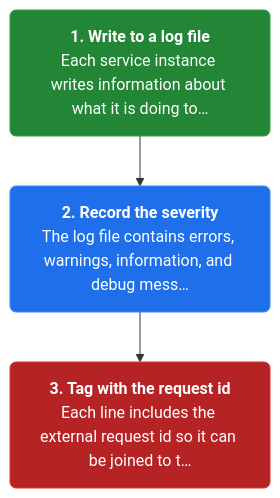
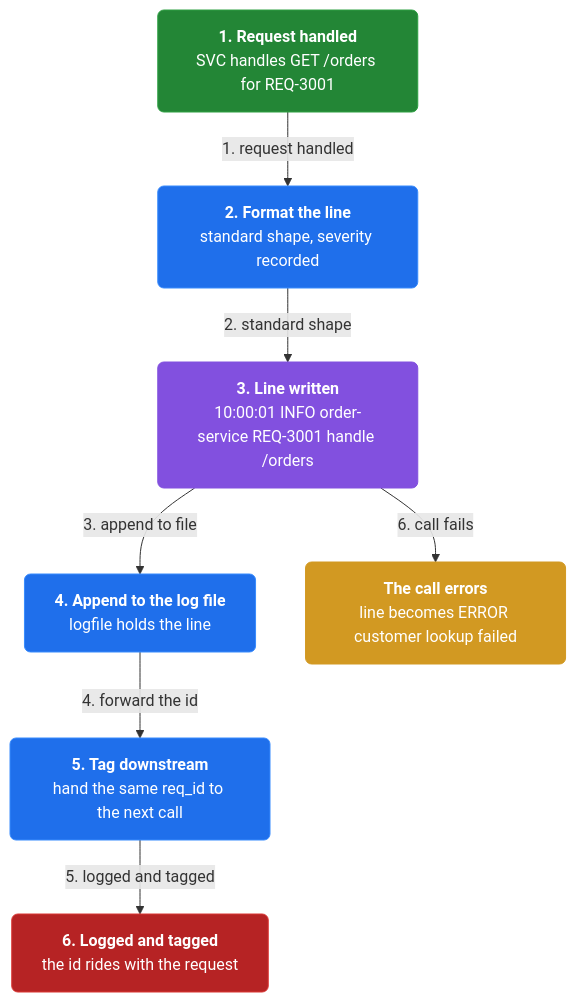
Before and after one commit to vinayakuber/microservices-io-study-guide: the first of 4 diagrams in docs/ch36-log-aggregation.md, drawn with Mermaid. The commit also changed other lines of this file and 46 other files, not shown here.

First line of the commit message:
Author rich branching flow diagrams for all 44 chapters

````diff
--- a/docs/ch36-log-aggregation.md
+++ b/docs/ch36-log-aggregation.md
@@ -13,11 +13,21 @@
 ```mermaid
 flowchart TD
-  classDef step fill:#1f6feb,color:#ffffff,stroke:#388bfd,stroke-width:1px,rx:6
+  classDef step fill:#1f6feb,color:#ffffff,stroke:#388bfd,rx:6
+  classDef core fill:#8250df,color:#ffffff,stroke:#8250df,rx:6
+  classDef warn fill:#d29922,color:#ffffff,stroke:#d29922,rx:6
   classDef start fill:#238636,color:#ffffff,stroke:#2ea043,rx:6
   classDef stop fill:#b62324,color:#ffffff,stroke:#da3633,rx:6
-  s0n0["<b>1. Write to a log file</b><br/>Each service instance writes information about what it is doing to…"]:::start
-  s0n1["<b>2. Record the severity</b><br/>The log file contains errors, warnings, information, and debug mess…"]:::step
-  s0n2["<b>3. Tag with the request id</b><br/>Each line includes the external request id so it can be joined to t…"]:::stop
-  s0n0 --> s0n1
-  s0n1 --> s0n2
+n0["<b>1. Request handled</b><br/>SVC handles GET /orders for REQ-3001"]:::start
+  n1["<b>2. Format the line</b><br/>standard shape, severity recorded"]:::step
+  n2["<b>3. Line written</b><br/>10:00:01 INFO order-service REQ-3001 handle /orders"]:::core
+  n3["<b>4. Append to the log file</b><br/>logfile holds the line"]:::step
+  n4["<b>5. Tag downstream</b><br/>hand the same req_id to the next call"]:::step
+  n5["<b>6. Logged and tagged</b><br/>the id rides with the request"]:::stop
+  n6["<b>The call errors</b><br/>line becomes ERROR customer lookup failed"]:::warn
+  n0 -->|"1. request handled"| n1
+  n1 -->|"2. standard shape"| n2
+  n2 -->|"3. append to file"| n3
+  n3 -->|"4. forward the id"| n4
+  n4 -->|"5. logged and tagged"| n5
+  n2 -->|"6. call fails"| n6
 ```
````
